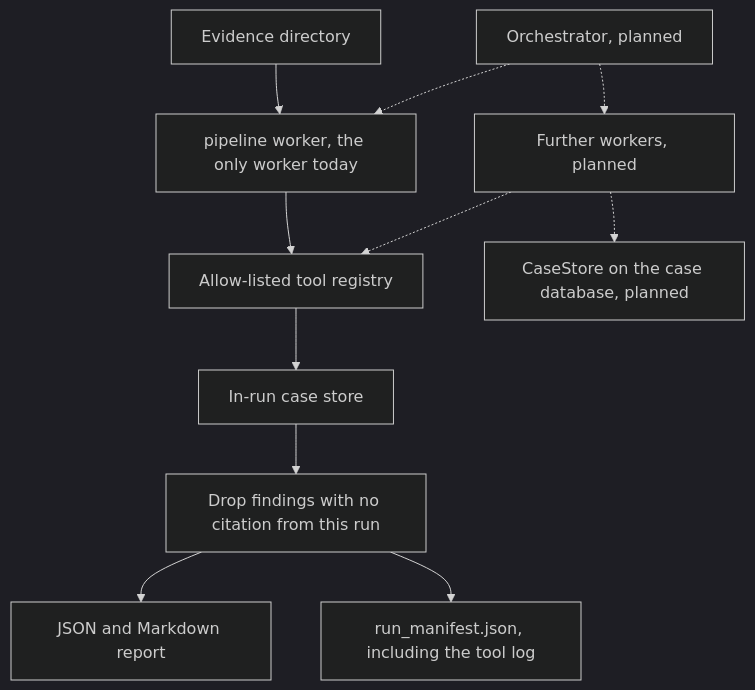
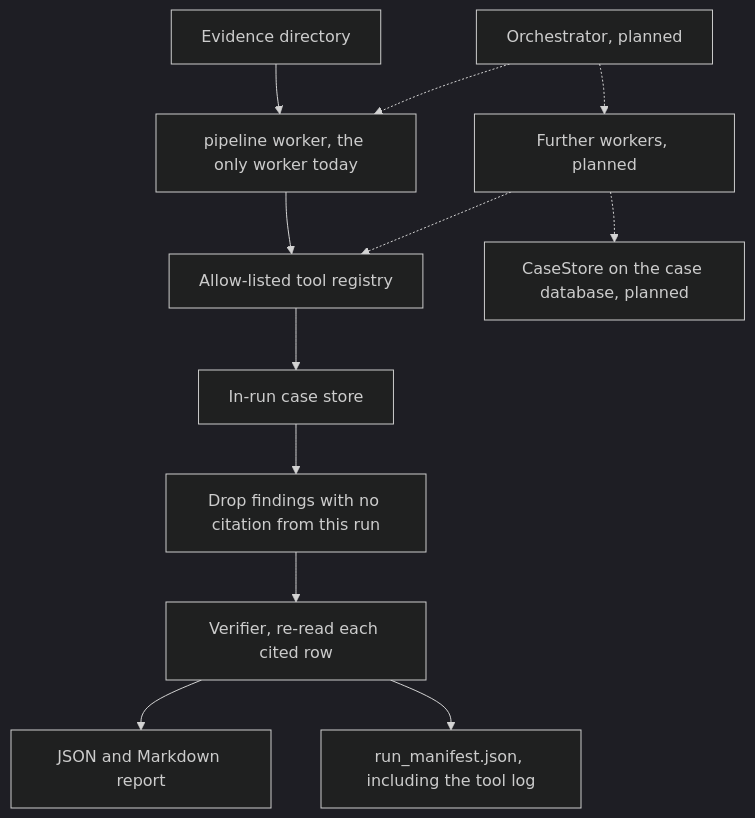
The diagram in README.md (GameMaster007/auto-forensics), drawn with Mermaid (dark theme) before and after one commit. The commit also changed other lines of this file and 21 other files, not shown here.

````diff
--- a/README.md
+++ b/README.md
@@ -130,26 +146,28 @@
 ```mermaid
 flowchart TD
   evidence["Evidence directory"]
   pipeline["pipeline worker, the only worker today"]
   tools["Allow-listed tool registry"]
   store["In-run case store"]
   cite["Drop findings with no citation from this run"]
+  verify["Verifier, re-read each cited row"]
   report["JSON and Markdown report"]
   manifest["run_manifest.json, including the tool log"]
 
   evidence --> pipeline
   pipeline --> tools
   tools --> store
   store --> cite
-  cite --> report
-  cite --> manifest
+  cite --> verify
+  verify --> report
+  verify --> manifest
 
   orch["Orchestrator, planned"]
   other["Further workers, planned"]
   backed["CaseStore on the case database, planned"]
 
   orch -.-> pipeline
   orch -.-> other
   other -.-> tools
   other -.-> backed
 ```
````
